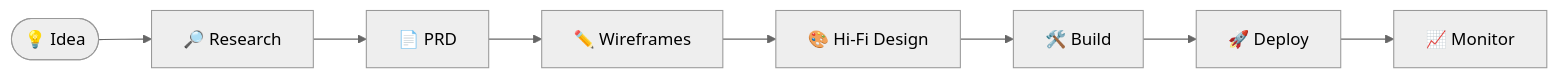
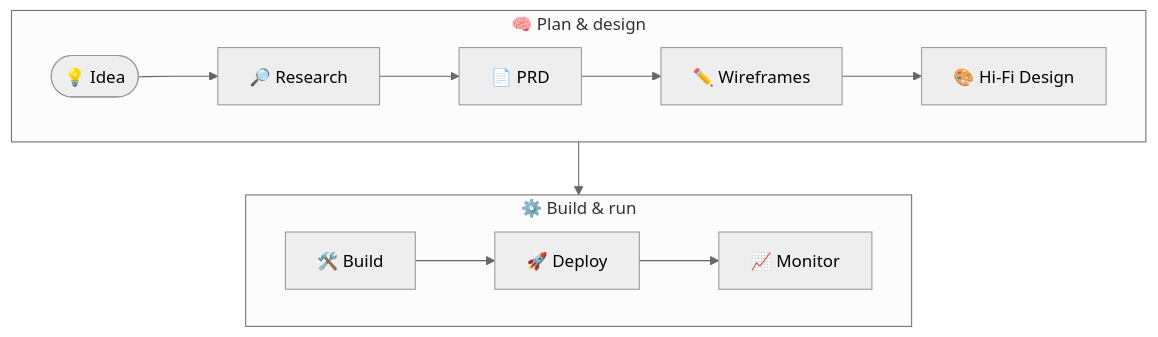
Before and after one commit to hafizahmedzia/hafizahmedzia: the first of 2 diagrams in README.md, drawn with Mermaid (neutral theme). The commit also changed other lines of this file and 2 other files, not shown here.

Commit message:
docs: apna header/footer banner aur flow diagram do lines mein (v0.0.2)
- Header aur footer ab repo ki apni SVG files se (bahar ki image service par bharosa nahin)
- Idea → Monitor diagram "Plan & design" aur "Build & run" mein
- Animated tagline: From vibe coding to real systems

````diff
--- a/README.md
+++ b/README.md
@@ -26,5 +26,12 @@
 ```mermaid
-flowchart LR
-    A([💡 Idea]) --> B[🔎 Research] --> C[📄 PRD] --> D[✏️ Wireframes]
-    D --> E[🎨 Hi-Fi Design] --> F[🛠️ Build] --> G[🚀 Deploy] --> H[📈 Monitor]
+flowchart TB
+    subgraph PLAN["🧠 Plan & design"]
+        direction LR
+        A([💡 Idea]) --> B[🔎 Research] --> C[📄 PRD] --> D[✏️ Wireframes] --> E[🎨 Hi-Fi Design]
+    end
+    subgraph RUN["⚙️ Build & run"]
+        direction LR
+        F[🛠️ Build] --> G[🚀 Deploy] --> H[📈 Monitor]
+    end
+    PLAN --> RUN
 ```
````
